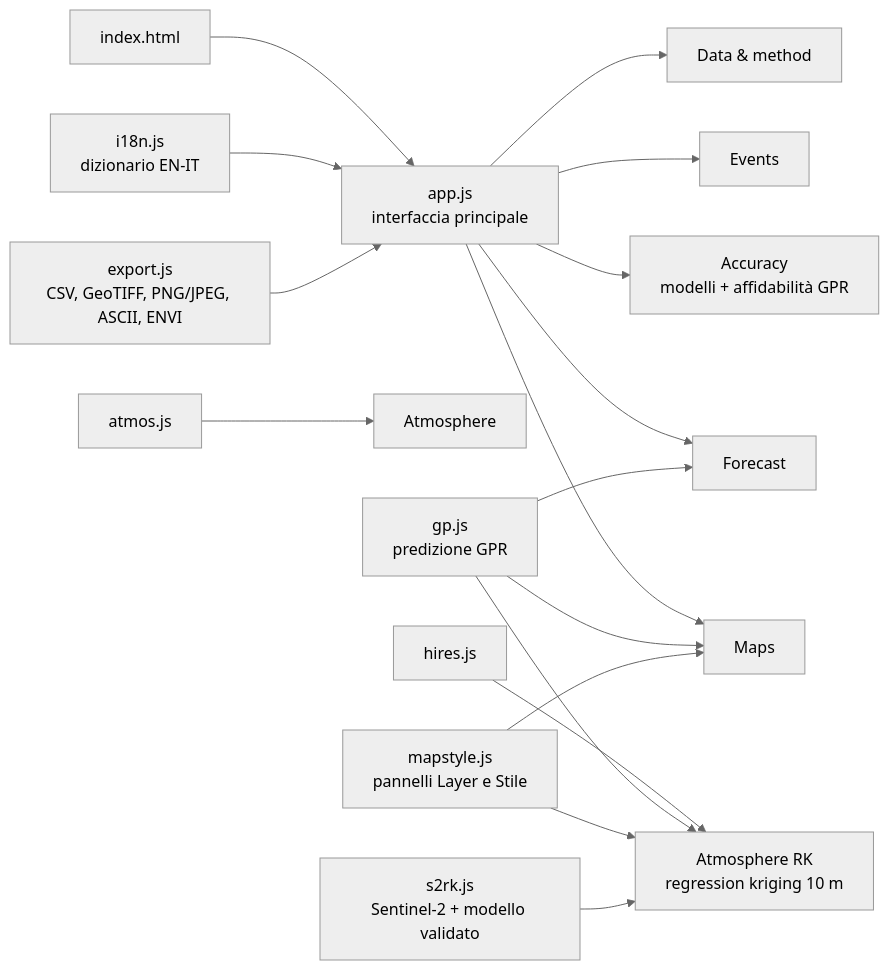
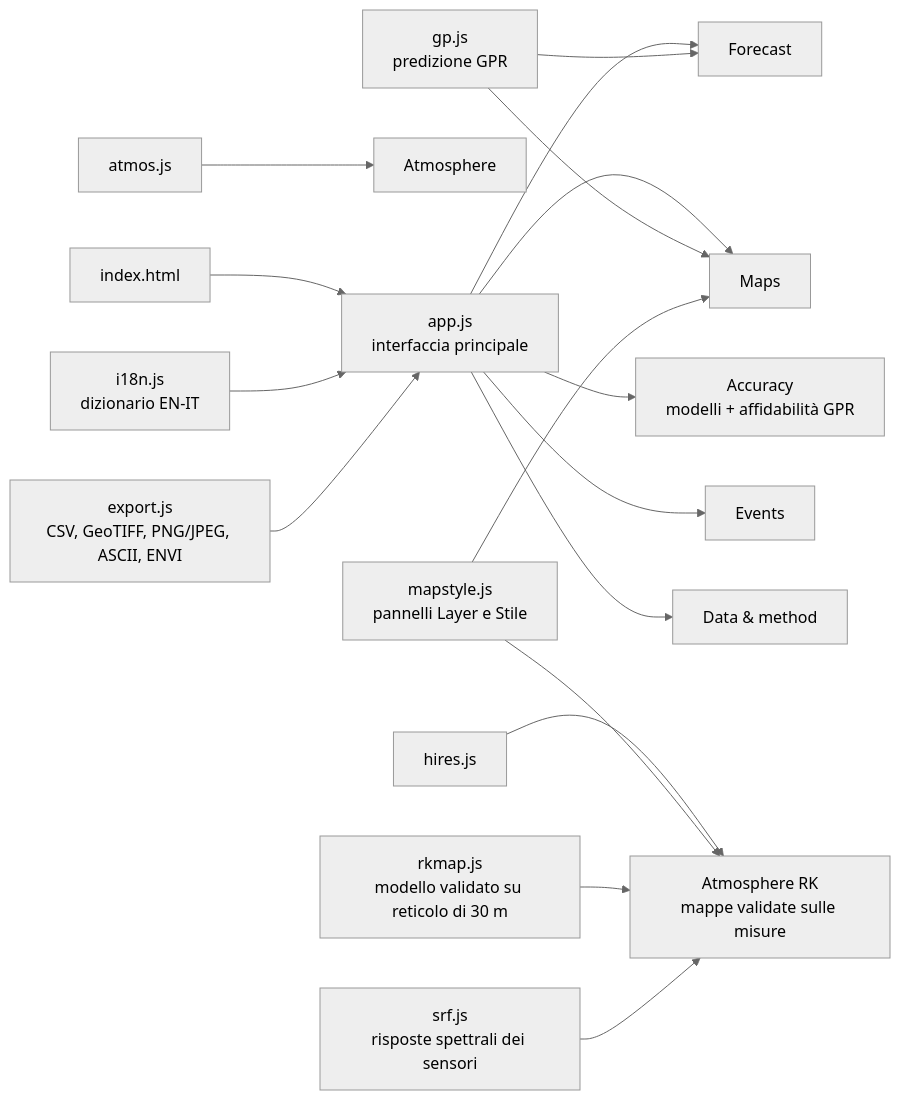
One commit to francescorossi3/prognostica changed the third of 5 diagrams in docs/COME_FUNZIONA.md. Above: the diagram before and after it, drawn with Mermaid (neutral theme). The commit also changed other lines of this file and 4 other files, not shown here.

First line of the commit message:
Documentazione: Atmosphere RK con il modello validato, risposte spettrali dei sensori, libRadtran; README senza le mappe a 10 m superate

````diff
--- a/docs/COME_FUNZIONA.md
+++ b/docs/COME_FUNZIONA.md
@@ -56,19 +56,19 @@
 ```mermaid
 flowchart LR
   idx[index.html] --> app[app.js<br>interfaccia principale]
   app --> F[Forecast]
   app --> M[Maps]
   app --> R[Accuracy<br>modelli + affidabilità GPR]
   app --> E[Events]
   app --> DM[Data & method]
   atm[atmos.js] --> A[Atmosphere]
-  hr[hires.js] --> H[Atmosphere RK<br>regression kriging 10 m]
+  hr[hires.js] --> H[Atmosphere RK<br>mappe validate sulle misure]
   gp[gp.js<br>predizione GPR] --> F
   gp --> M
-  gp --> H
   i18n[i18n.js<br>dizionario EN-IT] --> app
   ms[mapstyle.js<br>pannelli Layer e Stile] --> M
   ms --> H
   ex[export.js<br>CSV, GeoTIFF, PNG/JPEG, ASCII, ENVI] --> app
-  s2[s2rk.js<br>Sentinel-2 + modello validato] --> H
+  rk[rkmap.js<br>modello validato su reticolo di 30 m] --> H
+  srf[srf.js<br>risposte spettrali dei sensori] --> H
 ```
````
